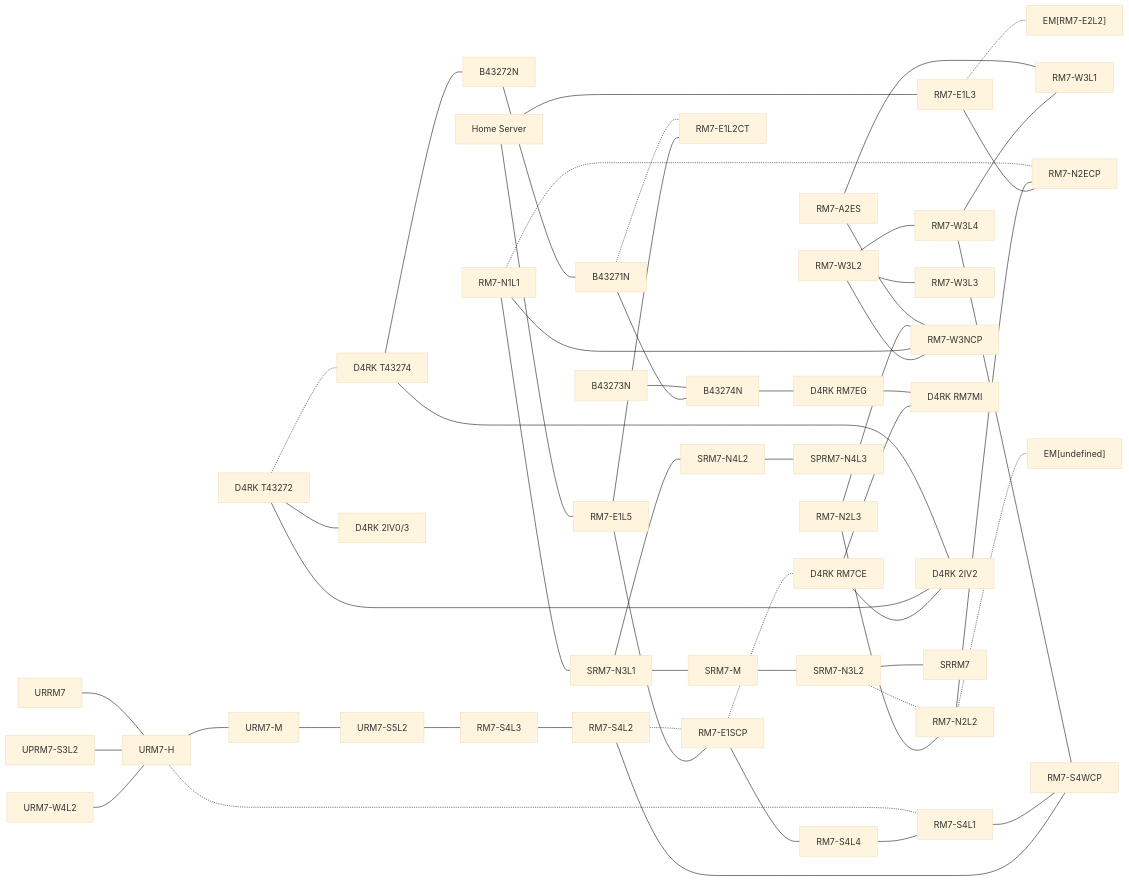
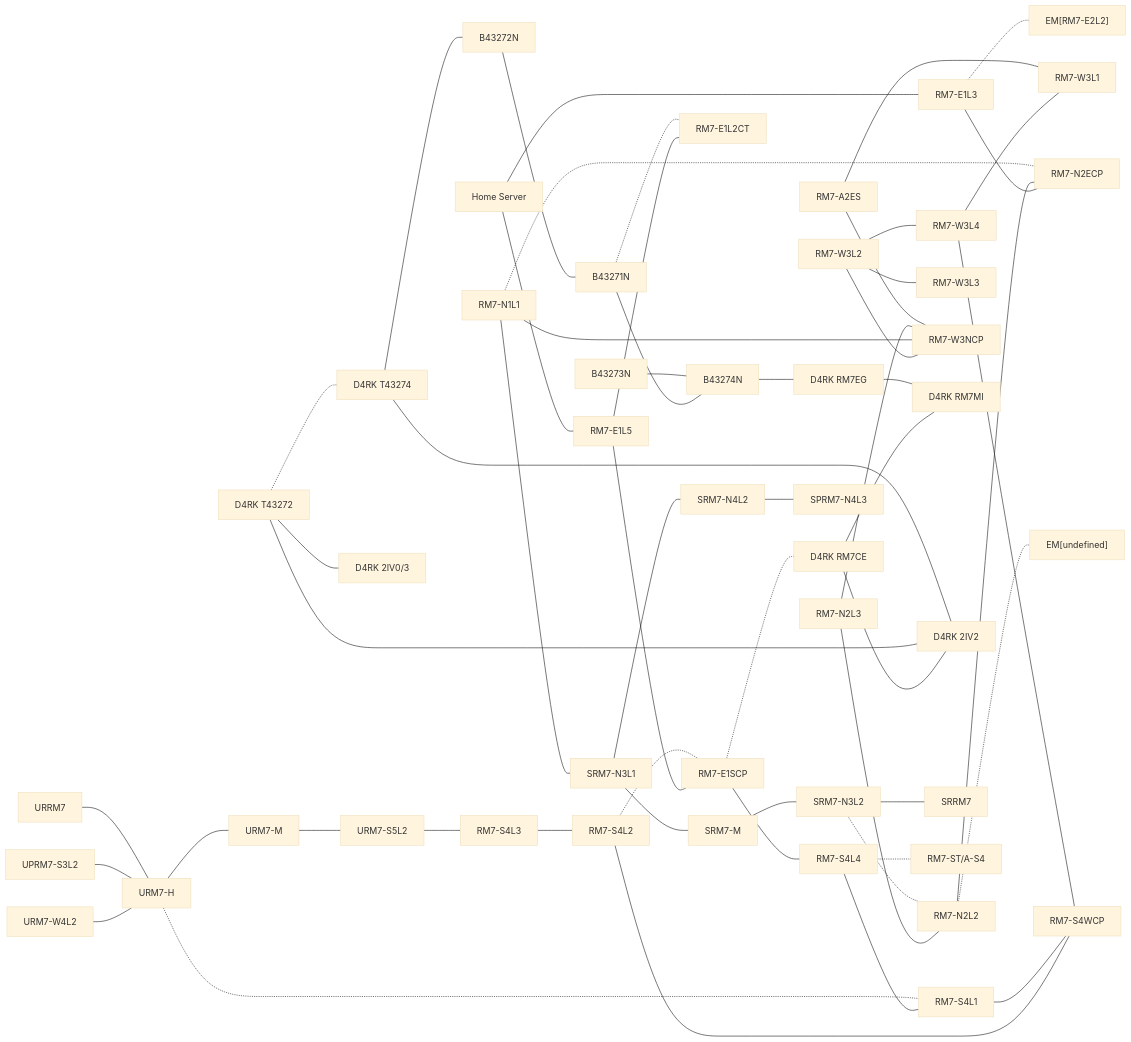
The diagram in Network map/README.md (3ncy/cor3), drawn with Mermaid (base theme) before and after one commit. The commit also changed other lines of this file and 1 other file, not shown here.

```diff
--- a/Network map/README.md
+++ b/Network map/README.md
@@ -43,6 +43,7 @@
 019e4052-c317-7388-9d71-91d0758336ae["URM7-W4L2"]
 019e4052-c317-7388-9d71-96d991fb4b99["UPRM7-S3L2"]
 019e4052-c317-7388-9d71-9aadc2e7c42b["URRM7"]
+01a032e6-d846-721a-b20f-868df1d34eb0["RM7-ST/A-S4"]
 019dbe42-7a63-7a11-9f4d-8a6a61d2a201["EM[RM7-E2L2]"]
 019dbe42-7a63-7a11-9f4d-8a6a61d2a202["EM[undefined]"]
 019e4052-c316-73aa-81f6-5c8693e79a31["B43273N"]
@@ -97,6 +98,7 @@
 019e4052-c317-7388-9d71-91d0758336ae --- 019e4052-c317-7388-9d71-8fed6faaaf99
 019e4052-c317-7388-9d71-96d991fb4b99 --- 019e4052-c317-7388-9d71-8fed6faaaf99
 019e4052-c317-7388-9d71-9aadc2e7c42b --- 019e4052-c317-7388-9d71-8fed6faaaf99
+019d1b0a-13a9-77dd-b41f-3ffb5f671742 -.- 01a032e6-d846-721a-b20f-868df1d34eb0
 019d1b0a-13a9-77dd-b41f-33f06f2df284 -.- 019dbe42-7a63-7a11-9f4d-8a6a61d2a201
 019da6f1-16f7-75a6-b6d3-0b1d5f92a101 -.- 019dbe42-7a63-7a11-9f4d-8a6a61d2a202
 019e4052-c316-73aa-81f6-5c8693e79a31 --- 019e4052-c316-73aa-81f6-60ec61b61f0a
```
